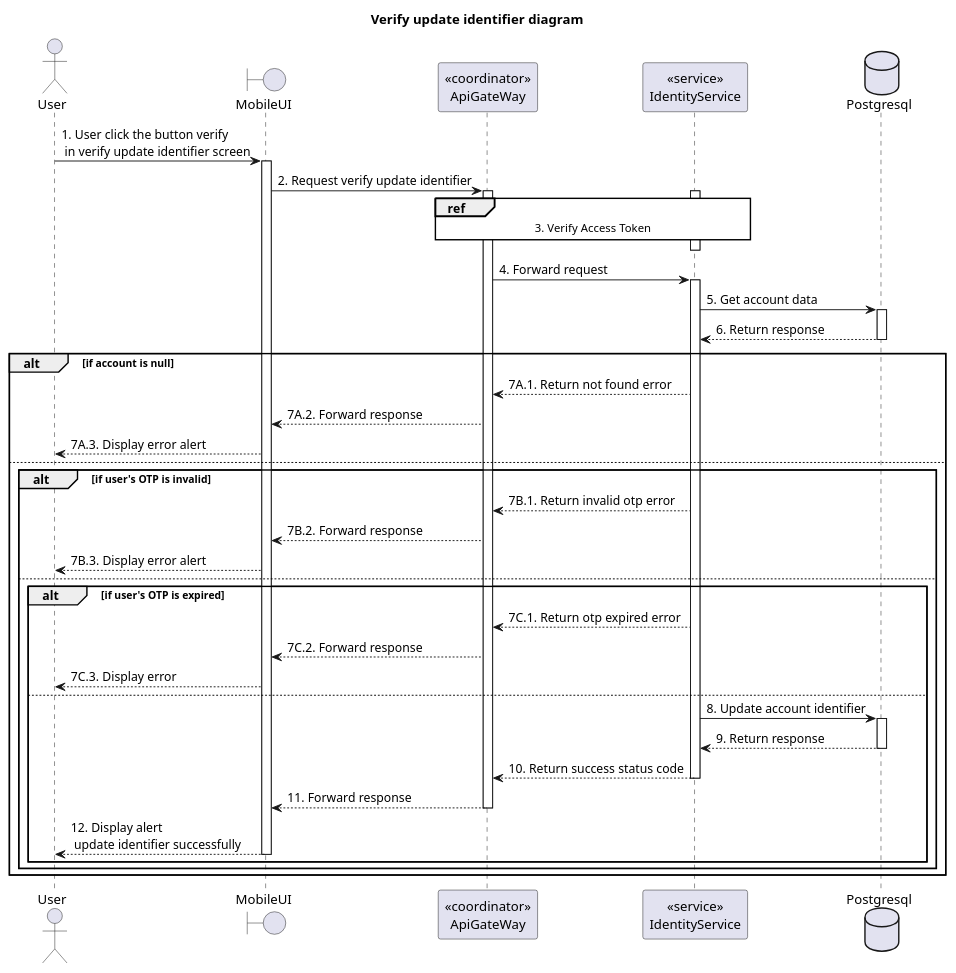
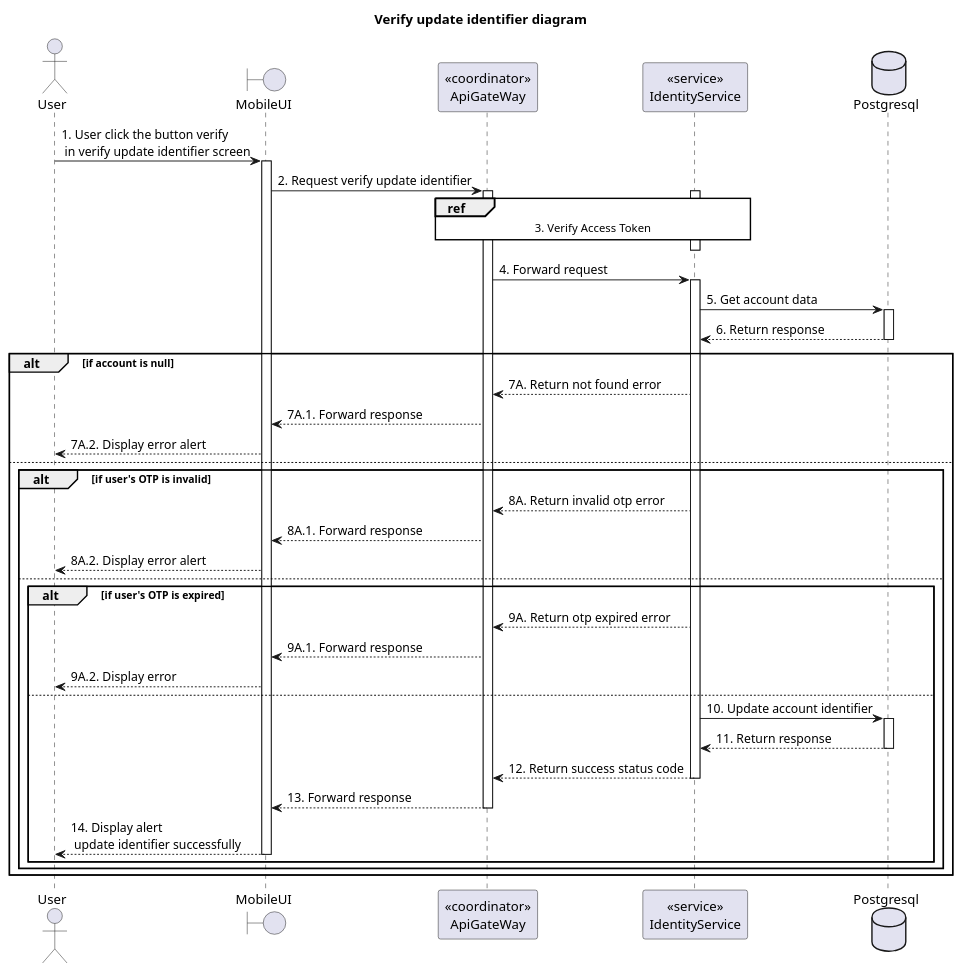
Before and after one commit to Carl-Johnsons/tastopia: the diagram in doc/SDS/Identity/User/VerifyUpdateIdentifier/Sequence.plantuml, drawn with PlantUML. The commit also changed 21 other files, not shown here.

Commit message:
doc: fix sequence ordinal number

```diff
--- a/doc/SDS/Identity/User/VerifyUpdateIdentifier/Sequence.plantuml
+++ b/doc/SDS/Identity/User/VerifyUpdateIdentifier/Sequence.plantuml
@@ -1,55 +1,55 @@
 @startuml Sequence
 title "Verify update identifier diagram"
 
 <style>
   sequenceDiagram {
     reference {
       BackGroundColor white
     }
 }
 </style>
 
 actor User
 boundary MobileUI
 participant "<<coordinator>>\nApiGateWay" as ApiGateway
 participant "<<service>>\nIdentityService" as IdentityService
 database Postgresql
 
 User -> MobileUI ++: 1. User click the button verify\n in verify update identifier screen
 MobileUI -> ApiGateway ++: 2. Request verify update identifier
 
 activate IdentityService
 ref over ApiGateway, IdentityService: 3. Verify Access Token
 ApiGateway -[hidden]-> IdentityService
 deactivate IdentityService
 
 ApiGateway -> IdentityService ++: 4. Forward request
 IdentityService -> Postgresql ++: 5. Get account data
 IdentityService <-- Postgresql --: 6. Return response
 
 alt if account is null
-  ApiGateway <-- IdentityService: 7A.1. Return not found error
-  MobileUI <-- ApiGateway: 7A.2. Forward response
-  User <-- MobileUI: 7A.3. Display error alert
+  ApiGateway <-- IdentityService: 7A. Return not found error
+  MobileUI <-- ApiGateway: 7A.1. Forward response
+  User <-- MobileUI: 7A.2. Display error alert
 else
   alt if user's OTP is invalid
-    ApiGateway <-- IdentityService: 7B.1. Return invalid otp error
-    MobileUI <-- ApiGateway: 7B.2. Forward response
-    User <-- MobileUI: 7B.3. Display error alert
+    ApiGateway <-- IdentityService: 8A. Return invalid otp error
+    MobileUI <-- ApiGateway: 8A.1. Forward response
+    User <-- MobileUI: 8A.2. Display error alert
   else
     alt if user's OTP is expired
-      ApiGateway <-- IdentityService: 7C.1. Return otp expired error
-      MobileUI <-- ApiGateway: 7C.2. Forward response
-      User <-- MobileUI: 7C.3. Display error
+      ApiGateway <-- IdentityService: 9A. Return otp expired error
+      MobileUI <-- ApiGateway: 9A.1. Forward response
+      User <-- MobileUI: 9A.2. Display error
     else
-      IdentityService -> Postgresql ++: 8. Update account identifier
-      IdentityService <-- Postgresql --: 9. Return response
-      ApiGateway <-- IdentityService --: 10. Return success status code
-      MobileUI <-- ApiGateway --: 11. Forward response
-      User <-- MobileUI --: 12. Display alert\n update identifier successfully
+      IdentityService -> Postgresql ++: 10. Update account identifier
+      IdentityService <-- Postgresql --: 11. Return response
+      ApiGateway <-- IdentityService --: 12. Return success status code
+      MobileUI <-- ApiGateway --: 13. Forward response
+      User <-- MobileUI --: 14. Display alert\n update identifier successfully
     end
   end
 end
 
 
 @enduml
```
